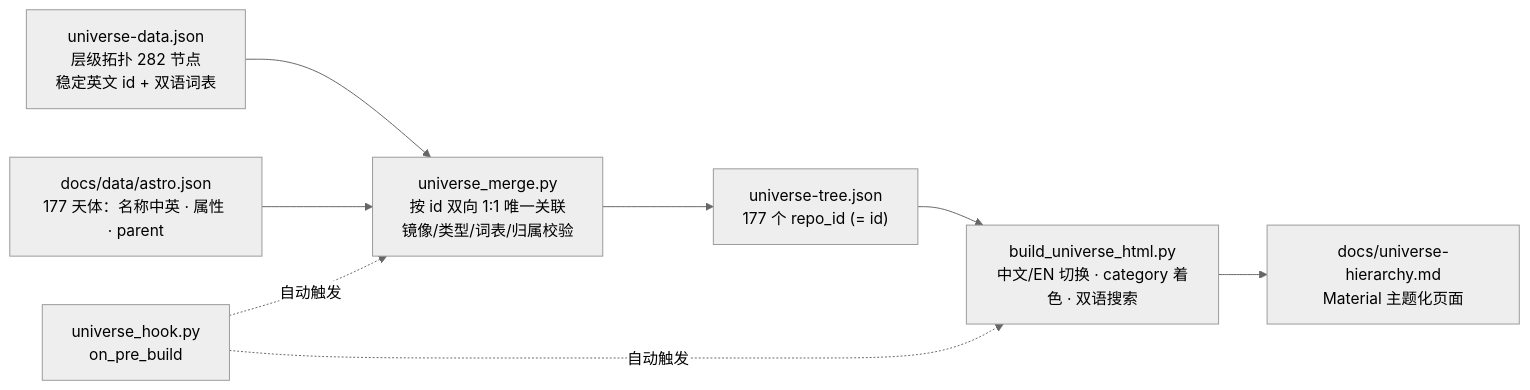
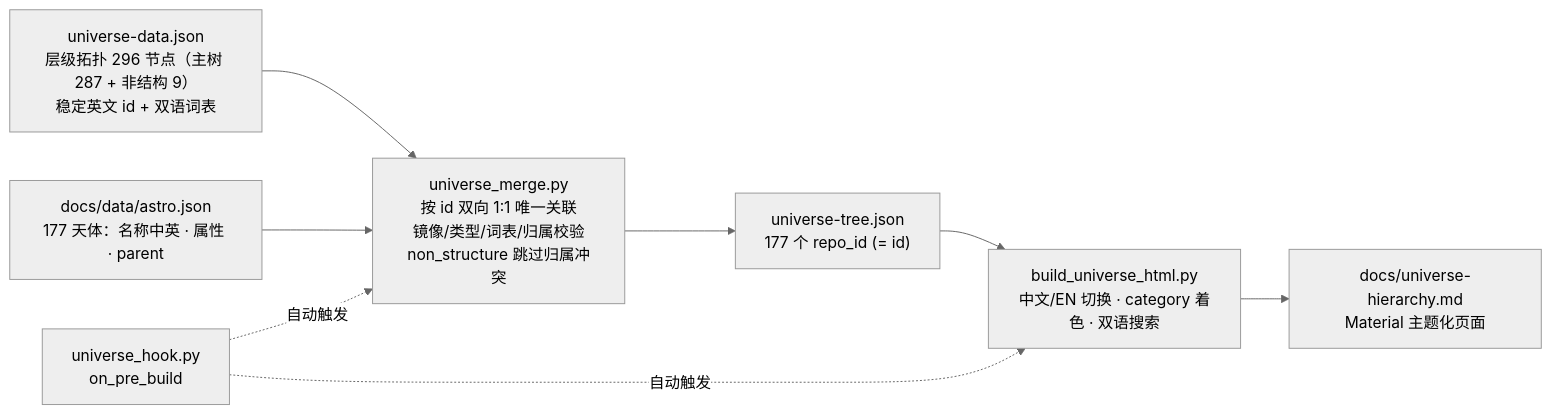
The second of 3 diagrams in README.md (yufengwolf/astro-blog), drawn with Mermaid (neutral theme) before and after one commit. The commit also changed other lines of this file and 7 other files, not shown here.

````diff
--- a/README.md
+++ b/README.md
@@ -235,10 +235,10 @@
 ```mermaid
 flowchart LR
-    UD["universe-data.json<br/>层级拓扑 282 节点<br/>稳定英文 id + 双语词表"] --> M["universe_merge.py<br/>按 id 双向 1:1 唯一关联<br/>镜像/类型/词表/归属校验"]
+    UD["universe-data.json<br/>层级拓扑 296 节点（主树 287 + 非结构 9）<br/>稳定英文 id + 双语词表"] --> M["universe_merge.py<br/>按 id 双向 1:1 唯一关联<br/>镜像/类型/词表/归属校验<br/>non_structure 跳过归属冲突"]
     AS["docs/data/astro.json<br/>177 天体：名称中英 · 属性 · parent"] --> M
     M --> UT["universe-tree.json<br/>177 个 repo_id (= id)"]
     UT --> B["build_universe_html.py<br/>中文/EN 切换 · category 着色 · 双语搜索"]
     B --> PG["docs/universe-hierarchy.md<br/>Material 主题化页面"]
     H["universe_hook.py<br/>on_pre_build"] -. 自动触发 .-> M
     H -. 自动触发 .-> B
 ```
````
